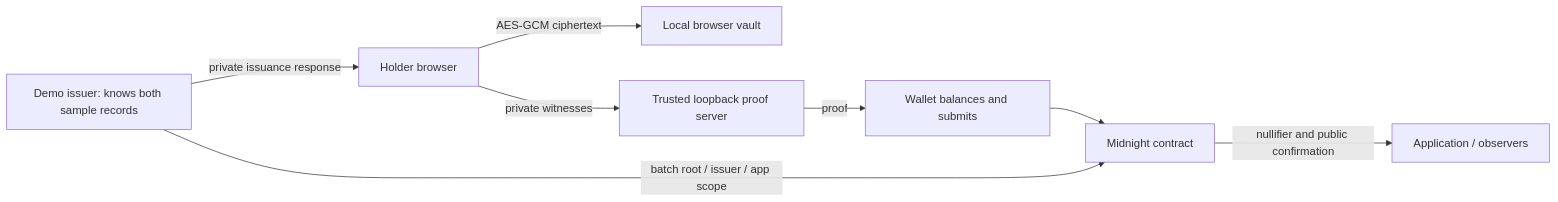
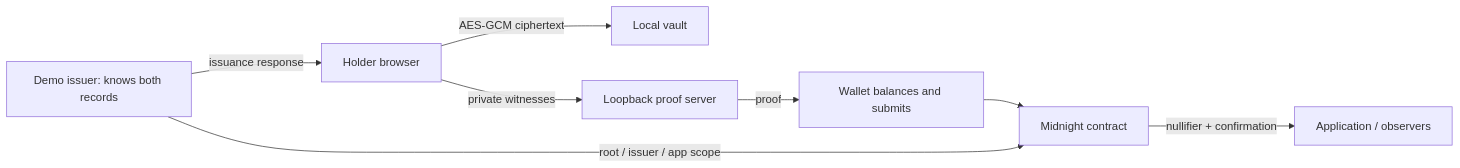
Before and after one commit to Psalmuel01/veilpass: the diagram in docs/privacy-model.md, drawn with Mermaid. The commit also changed other lines of this file and 5 other files, not shown here.

````diff
--- a/docs/privacy-model.md
+++ b/docs/privacy-model.md
@@ -5,10 +5,10 @@
 ```mermaid
 flowchart LR
-  I[Demo issuer: knows both sample records] -->|private issuance response| H[Holder browser]
-  H -->|AES-GCM ciphertext| V[Local browser vault]
-  H -->|private witnesses| P[Trusted loopback proof server]
-  I -->|batch root / issuer / app scope| C[Midnight contract]
+  I[Demo issuer: knows both records] -->|issuance response| H[Holder browser]
+  H -->|AES-GCM ciphertext| V[Local vault]
+  H -->|private witnesses| P[Loopback proof server]
+  I -->|root / issuer / app scope| C[Midnight contract]
   P -->|proof| W[Wallet balances and submits]
   W --> C
-  C -->|nullifier and public confirmation| A[Application / observers]
+  C -->|nullifier + confirmation| A[Application / observers]
 ```
````
